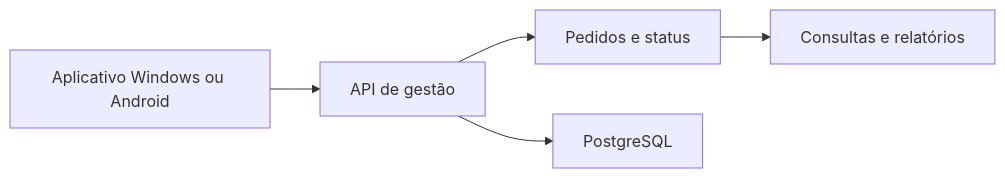
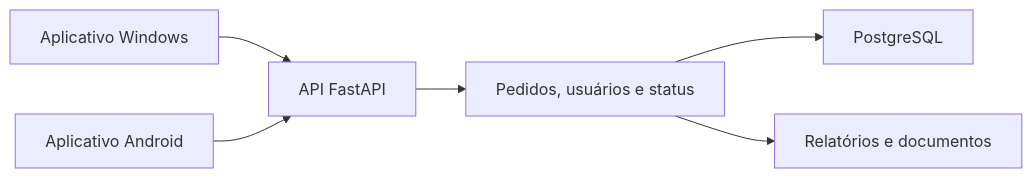
One commit to meyrison/meyrison changed the diagram in projetos/secretaria-de-agricultura.md. Above: the diagram before and after it, drawn with Mermaid. The commit also changed other lines of this file and 8 other files, not shown here.

````diff
--- a/projetos/secretaria-de-agricultura.md
+++ b/projetos/secretaria-de-agricultura.md
@@ -19,7 +22,8 @@
 ```mermaid
 flowchart LR
-    U["Aplicativo Windows ou Android"] --> A["API de gestão"]
-    A --> P["Pedidos e status"]
-    A --> D["PostgreSQL"]
-    P --> R["Consultas e relatórios"]
+    W["Aplicativo Windows"] --> A["API FastAPI"]
+    M["Aplicativo Android"] --> A
+    A --> R["Pedidos, usuários e status"]
+    R --> D["PostgreSQL"]
+    R --> F["Relatórios e documentos"]
 ```
````
